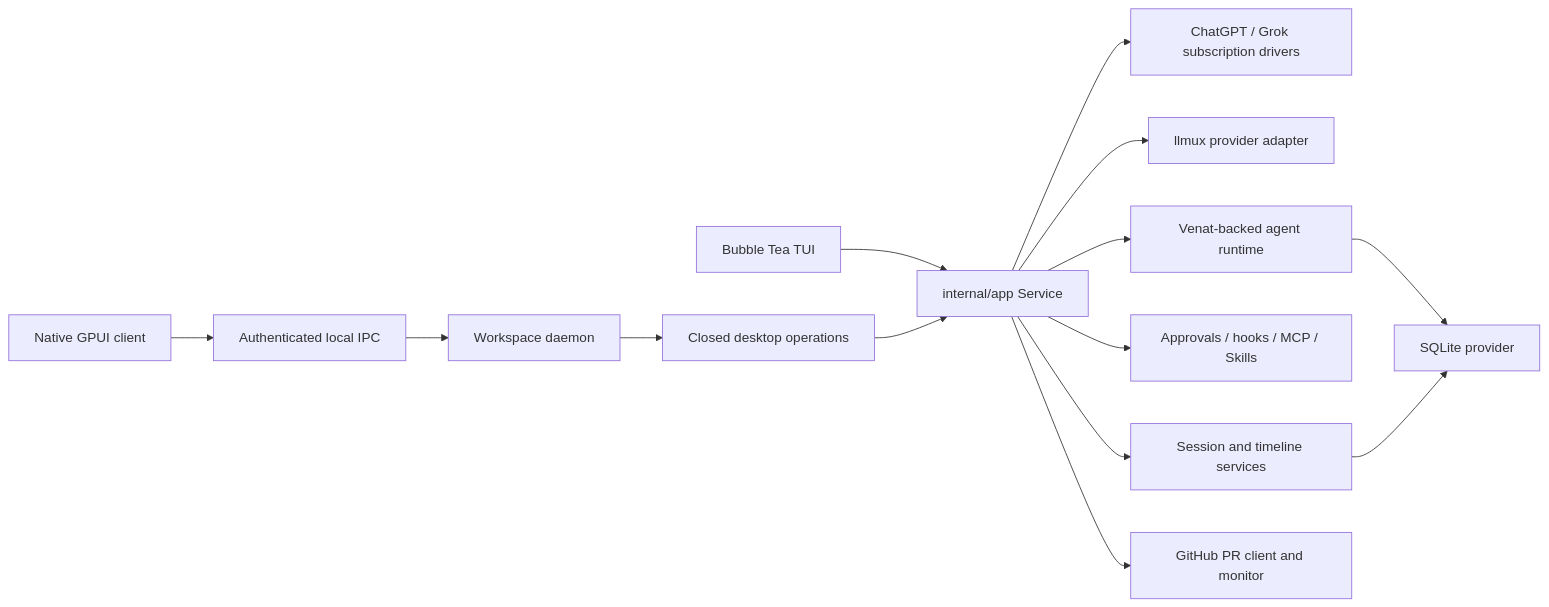
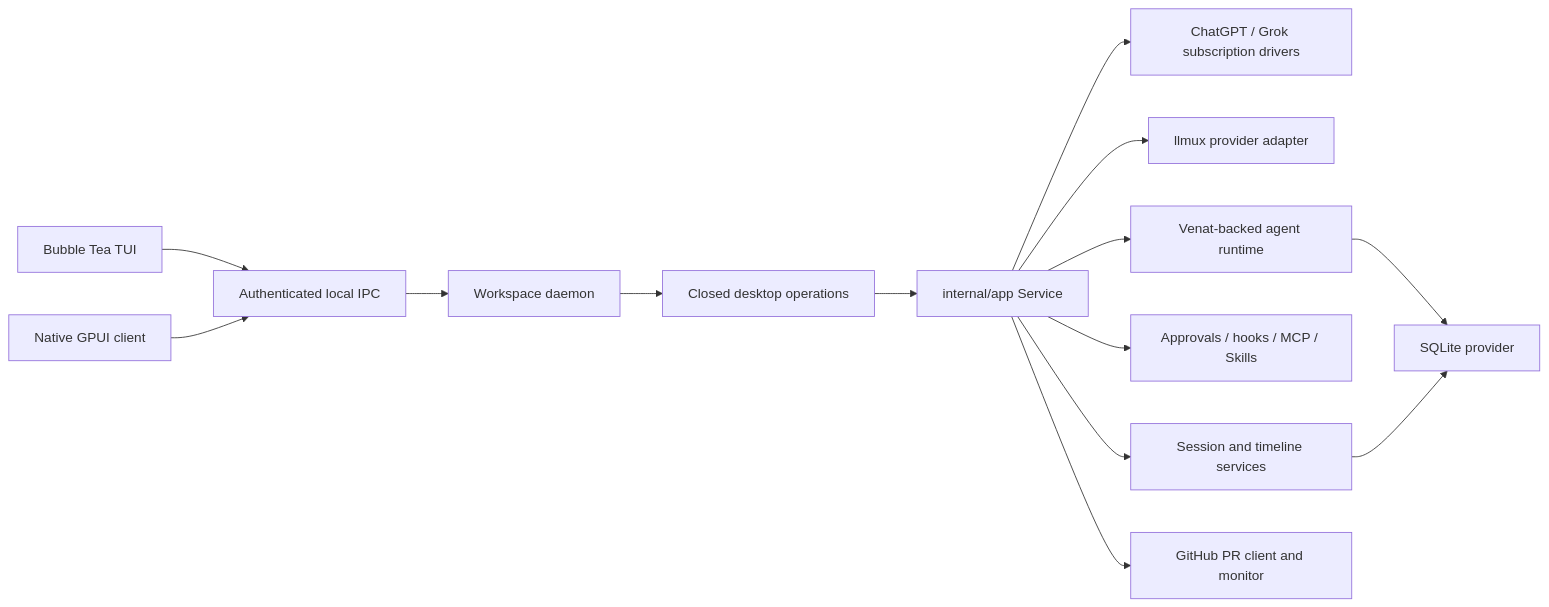
Before and after one commit to Viking602/azem: the diagram in docs/architecture.md, drawn with Mermaid. The commit also changed other lines of this file and 225 other files, not shown here.

Commit message:
Remove React desktop and consolidate native runtime changes

````diff
--- a/docs/architecture.md
+++ b/docs/architecture.md
@@ -13,13 +13,13 @@
 ```mermaid
 flowchart LR
-    TUI["Bubble Tea TUI"] --> APP["internal/app Service"]
-    GPUI["Native GPUI client"] --> IPC["Authenticated local IPC"] --> DAEMON["Workspace daemon"] --> BRIDGE["Closed desktop operations"] --> APP
+    TUI["Bubble Tea TUI"] --> IPC["Authenticated local IPC"]
+    GPUI["Native GPUI client"] --> IPC --> DAEMON["Workspace daemon"] --> BRIDGE["Closed desktop operations"] --> APP["internal/app Service"]
     APP --> PROVIDERS["ChatGPT / Grok subscription drivers"]
     APP --> LLMUX["llmux provider adapter"]
     APP --> AGENT["Venat-backed agent runtime"]
     APP --> POLICY["Approvals / hooks / MCP / Skills"]
     APP --> SESSION["Session and timeline services"]
     AGENT --> STORE["SQLite provider"]
     SESSION --> STORE
     APP --> PR["GitHub PR client and monitor"]
 ```
````
